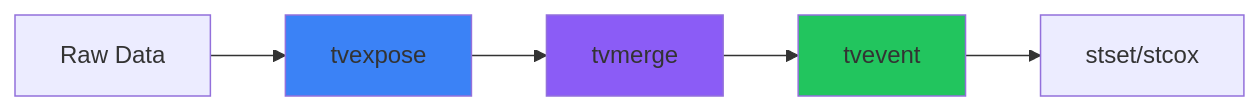
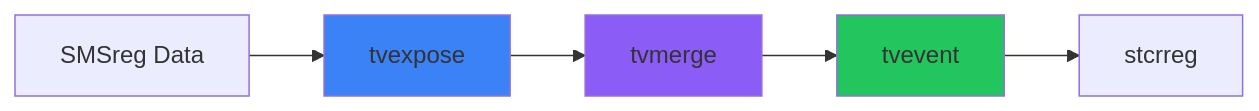
The diagram in tvtools/tvtools_presentation.md (tpcopeland/Stata-Tools), drawn with Mermaid before and after one commit. The commit also changed other lines of this file and 1 other file, not shown here.

````diff
--- a/tvtools/tvtools_presentation.md
+++ b/tvtools/tvtools_presentation.md
@@ -173,10 +293,10 @@
 ```mermaid {scale: 0.8}
 graph LR
-    A[Raw Data] --> B[tvexpose]
+    A[SMSreg Data] --> B[tvexpose]
     B --> C[tvmerge]
     C --> D[tvevent]
-    D --> E[stset/stcox]
+    D --> E[stcrreg]
     style B fill:#3b82f6
     style C fill:#8b5cf6
     style D fill:#22c55e
 ```
````
